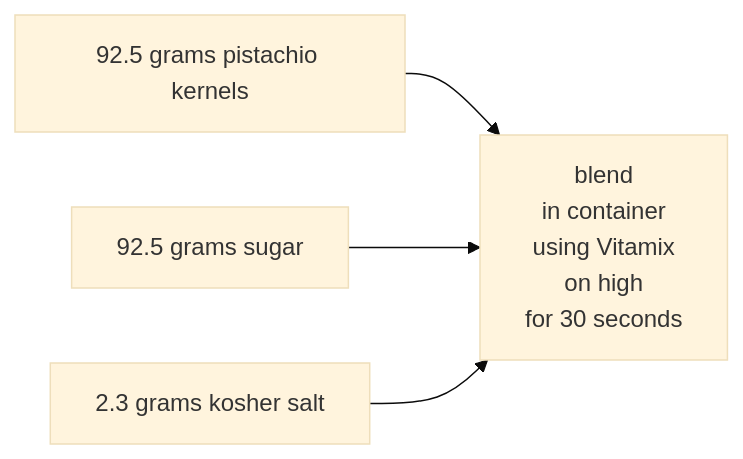
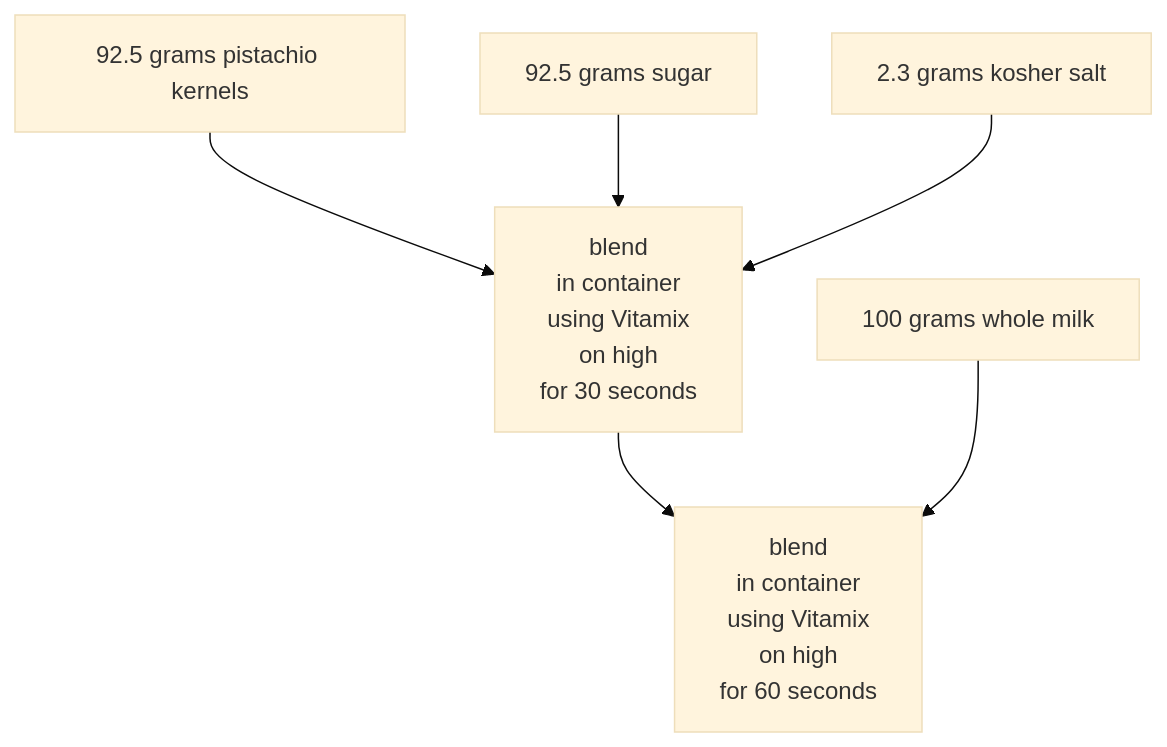
The fourth of 4 diagrams in README.md (vincentl/aquilo), drawn with Mermaid before and after one commit. The commit also changed 1 other file, not shown here.

Commit message:
continue pistachio ice cream example

````diff
--- a/README.md
+++ b/README.md
@@ -195,24 +195,35 @@
 ```mermaid
 %%{
   init: {
     'theme': 'base',
     'themeVariables': {
       'fontFamily': 'monospace'
     }
   }
 }%%
-flowchart LR
+flowchart TB
   P[92.5 grams pistachio kernels]
   S0[92.5 grams sugar]
   S[2.3 grams kosher salt]
 
   B0["blend
 in container
 using Vitamix
 on high
 for 30 seconds"]
 
   P --> B0;
   S0 --> B0;
   S --> B0;
+
+  M[100 grams whole milk]
+
+  B1["blend
+in container
+using Vitamix
+on high
+for 60 seconds"]
+
+  B0 --> B1;
+  M --> B1;
 ```
````
